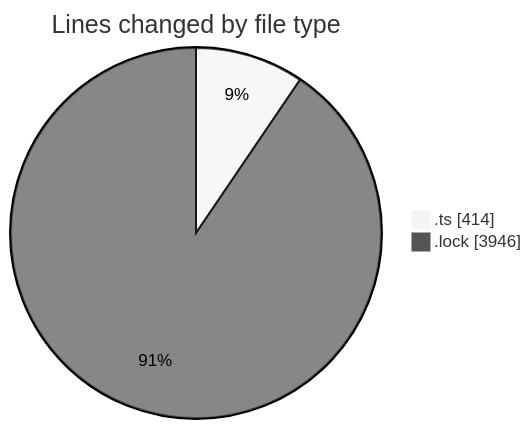
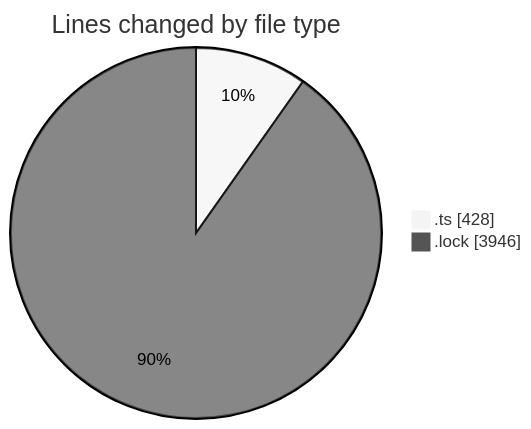
Before and after one commit to momahboobian/code-tracking: the first of 2 diagrams in 2025-08-19/cda/README.md, drawn with Mermaid (neutral theme). The commit also changed other lines of this file and 1 other file, not shown here.

````diff
--- a/2025-08-19/cda/README.md
+++ b/2025-08-19/cda/README.md
@@ -24,6 +24,6 @@
 ```mermaid
 pie showData
 title Lines changed by file type
-".ts" : 414
+".ts" : 428
 ".lock" : 3946
 ```
````
